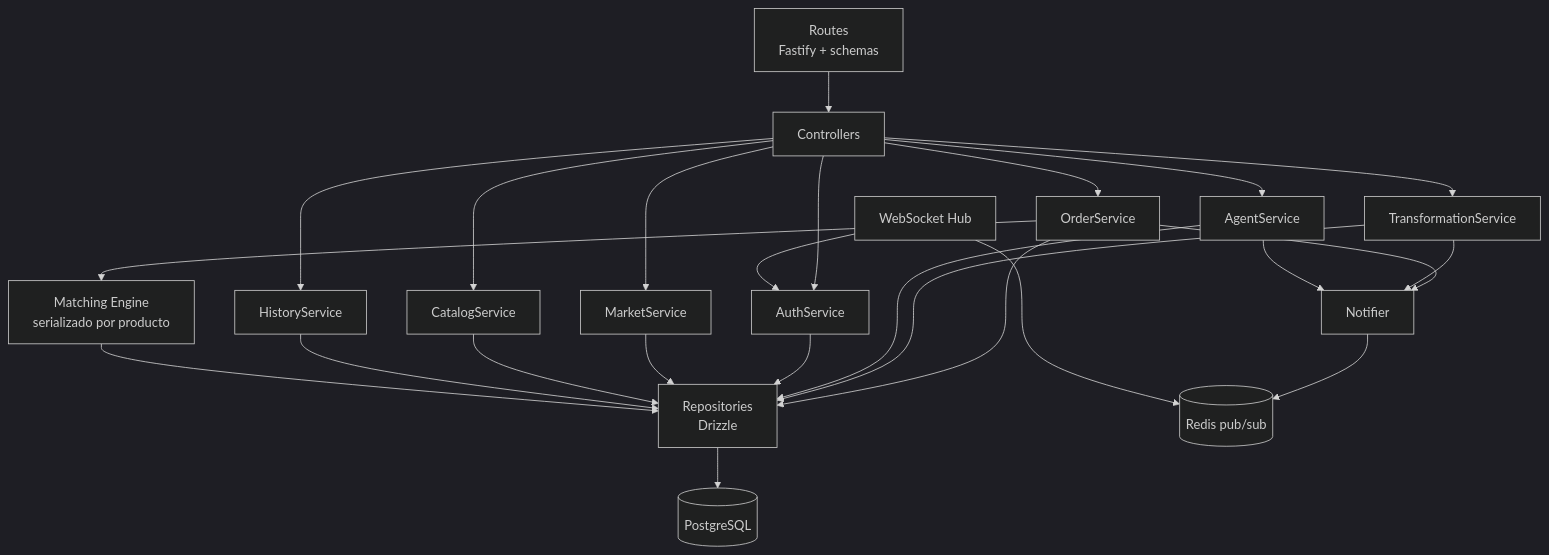
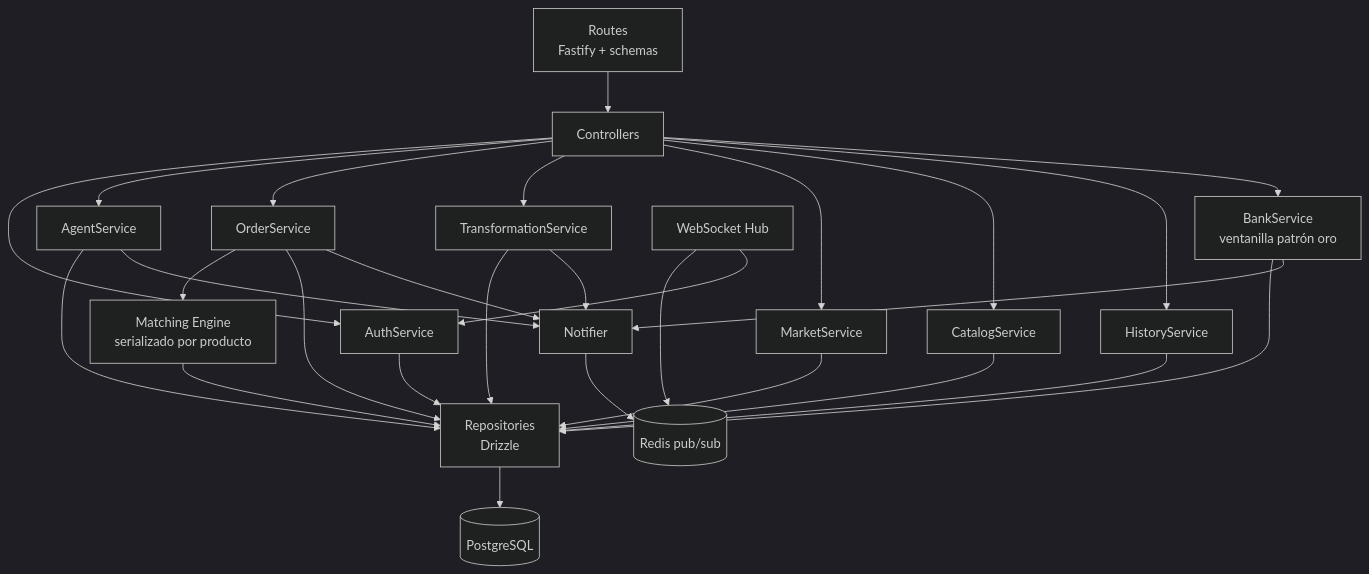
Before and after one commit to lokiteitor/Market-Simulator: the third of 5 diagrams in docs/arquitectura_mercado_agricola.md, drawn with Mermaid (dark theme). The commit also changed other lines of this file and 8 other files, not shown here.

````diff
--- a/docs/arquitectura_mercado_agricola.md
+++ b/docs/arquitectura_mercado_agricola.md
@@ -159,31 +167,34 @@
 ```mermaid
 graph TD
     Routes[Routes<br/>Fastify + schemas] --> Controllers
     Controllers --> AuthSvc[AuthService]
     Controllers --> AgentSvc[AgentService]
     Controllers --> OrderSvc[OrderService]
     Controllers --> XformSvc[TransformationService]
     Controllers --> MarketSvc[MarketService]
     Controllers --> CatSvc[CatalogService]
     Controllers --> HistSvc[HistoryService]
+    Controllers --> BankSvc[BankService<br/>ventanilla patrón oro]
 
     OrderSvc --> MatchEngine[Matching Engine<br/>serializado por producto]
     OrderSvc --> Repos
     XformSvc --> Repos
     AgentSvc --> Repos
     AuthSvc --> Repos
     MarketSvc --> Repos
     CatSvc --> Repos
     HistSvc --> Repos
 
+    BankSvc --> Repos
     MatchEngine --> Repos
     OrderSvc --> Notifier
     XformSvc --> Notifier
     AgentSvc --> Notifier
+    BankSvc --> Notifier
 
     Repos[Repositories<br/>Drizzle] --> PG[(PostgreSQL)]
     Notifier --> Redis[(Redis pub/sub)]
 
     WSHub[WebSocket Hub] --> Redis
     WSHub --> AuthSvc
 ```
````
